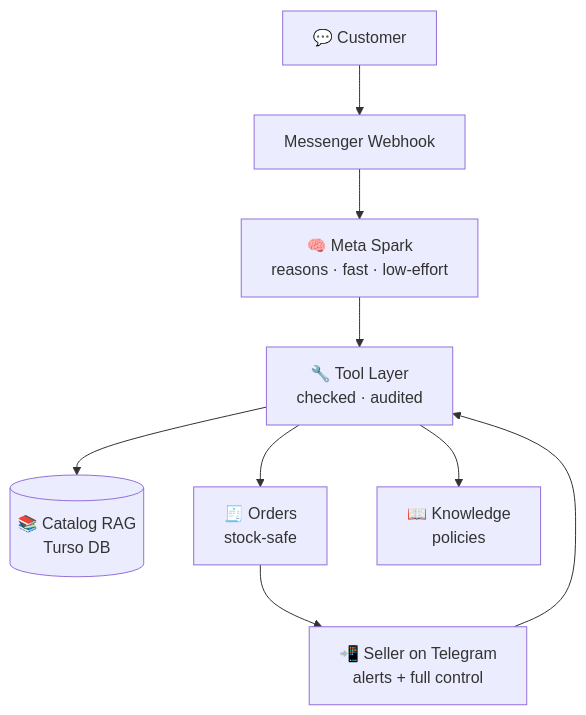
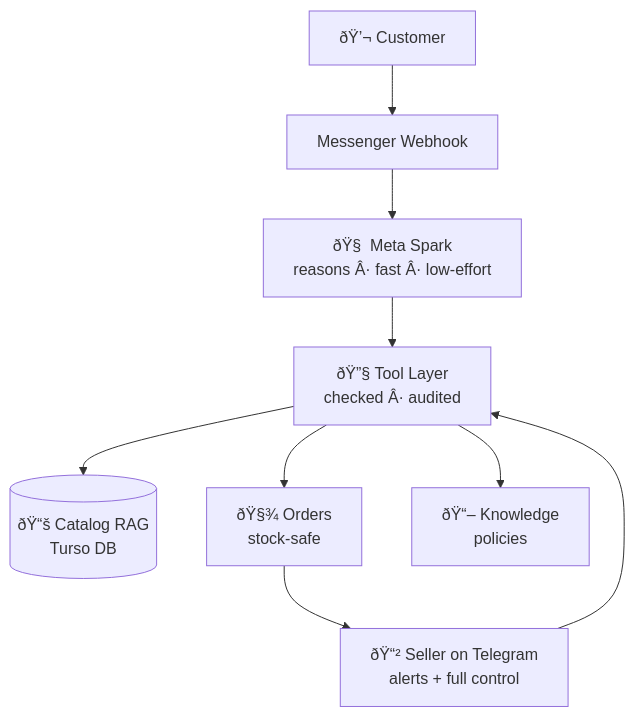
One commit to MaharabTimon/AI-Commerce-Agent-Hackathon changed the diagram in README.md. Above: the diagram before and after it, drawn with Mermaid. The commit also changed other lines of this file, not shown here.

````diff
--- a/README.md
+++ b/README.md
@@ -76,11 +76,11 @@
 ```mermaid
 flowchart TD
-    C[💬 Customer] --> M[Messenger Webhook]
-    M --> A[🧠 Meta Spark<br/>reasons · fast · low-effort]
-    A --> T[🔧 Tool Layer<br/>checked · audited]
-    T --> R[(📚 Catalog RAG<br/>Turso DB)]
-    T --> O[🧾 Orders<br/>stock-safe]
-    T --> K[📖 Knowledge<br/>policies]
-    O --> S[📲 Seller on Telegram<br/>alerts + full control]
+    C[ðŸ’¬ Customer] --> M[Messenger Webhook]
+    M --> A[ðŸ§  Meta Spark<br/>reasons Â· fast Â· low-effort]
+    A --> T[ðŸ”§ Tool Layer<br/>checked Â· audited]
+    T --> R[(ðŸ“š Catalog RAG<br/>Turso DB)]
+    T --> O[ðŸ§¾ Orders<br/>stock-safe]
+    T --> K[ðŸ“– Knowledge<br/>policies]
+    O --> S[ðŸ“² Seller on Telegram<br/>alerts + full control]
     S --> T
 ```
````
